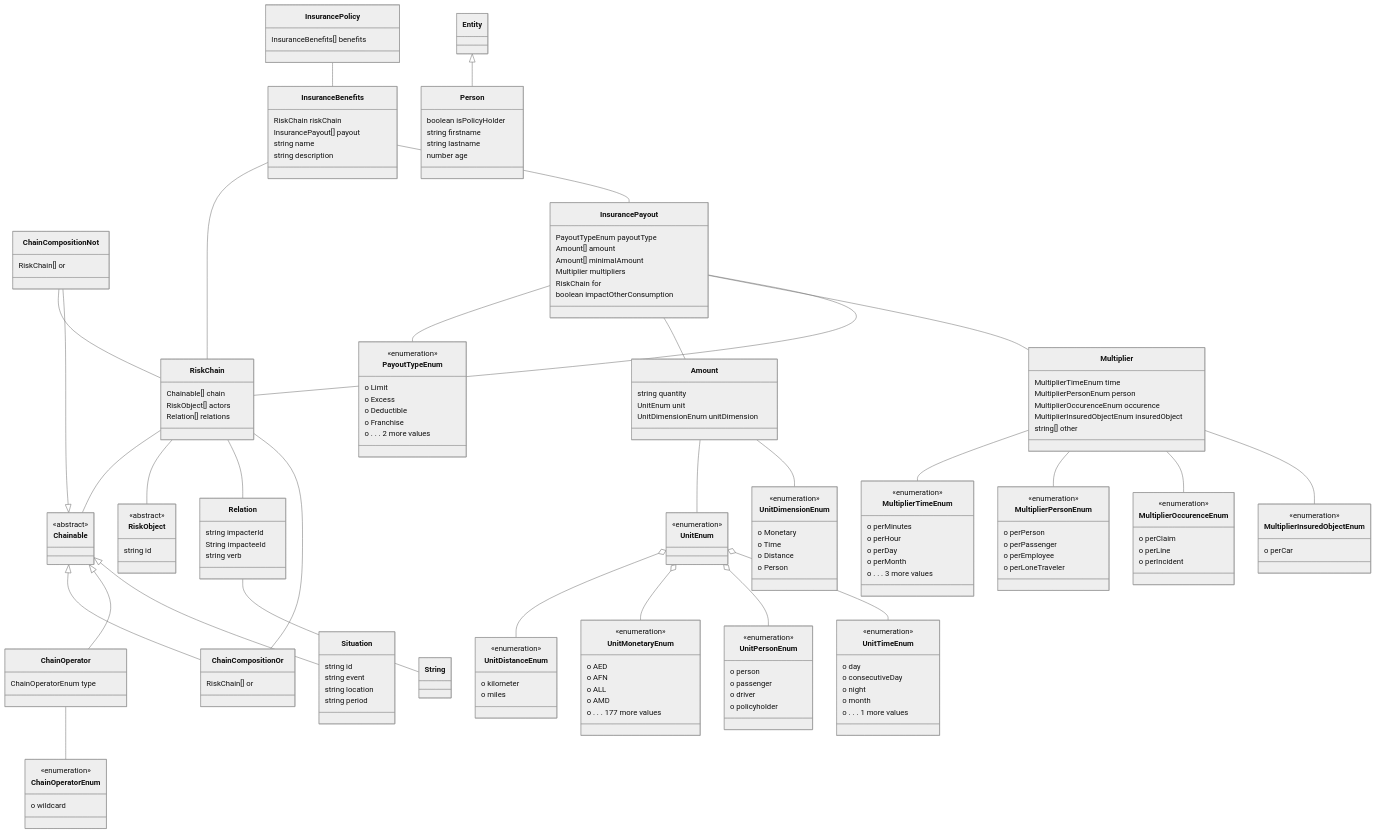
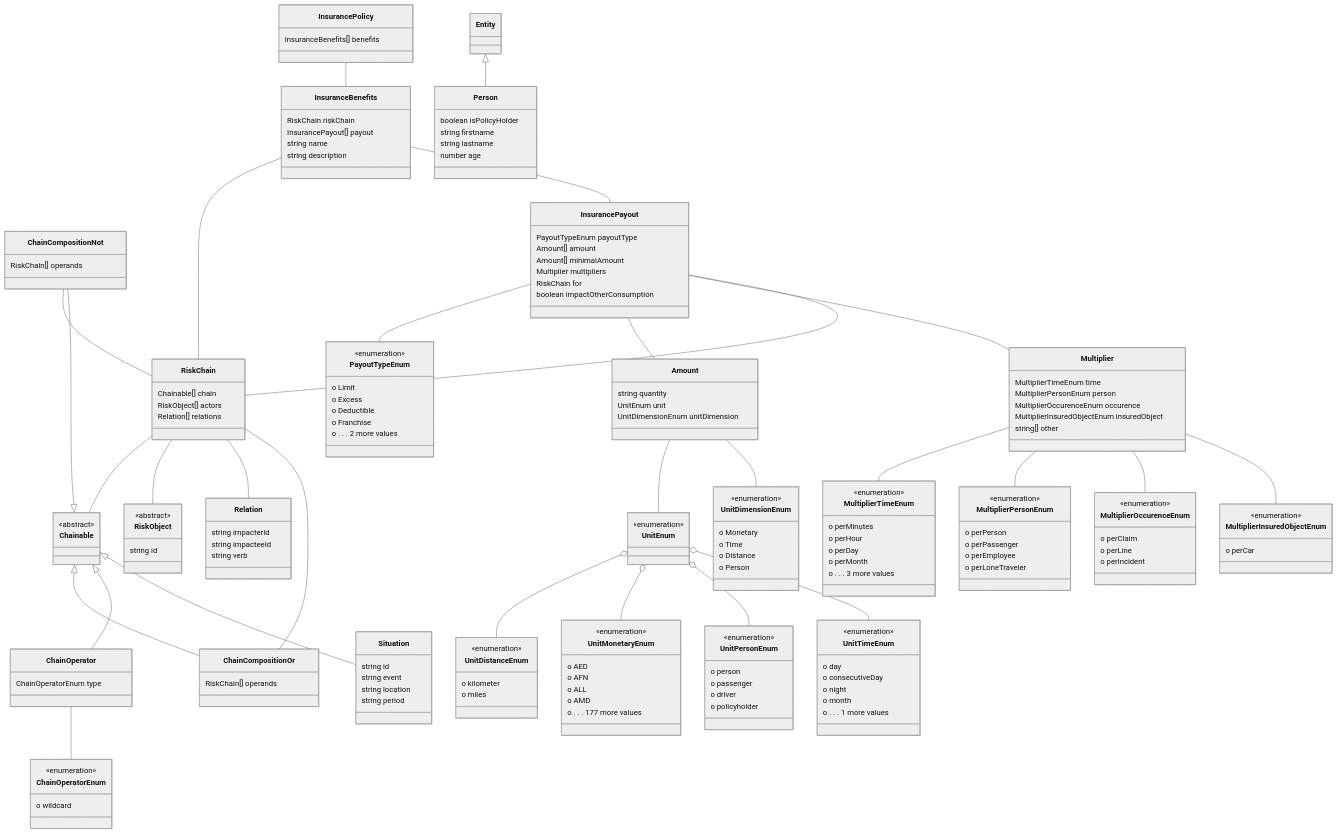
Before and after one commit to codexstanford/Insurance-Payout-Ontology: the diagram in datamodel-build/mermaid/diagram.mmd, drawn with Mermaid (neutral theme). The commit also changed 73 other files, not shown here.

```diff
--- a/datamodel-build/mermaid/diagram.mmd
+++ b/datamodel-build/mermaid/diagram.mmd
@@ -17,7 +17,7 @@
 Chainable <|-- ChainCompositionNot
 class ChainCompositionNot {
 
-  RiskChain[] or
+  RiskChain[] operands
 
 }
 
@@ -27,7 +27,7 @@
 Chainable <|-- ChainCompositionOr
 class ChainCompositionOr {
 
-  RiskChain[] or
+  RiskChain[] operands
 
 }
 
@@ -159,13 +159,12 @@
 
 }
 
-Relation -- String
 
 
 class Relation {
 
   string impacterId
-  String impacteeId
+  string impacteeId
   string verb
 
 }
```
